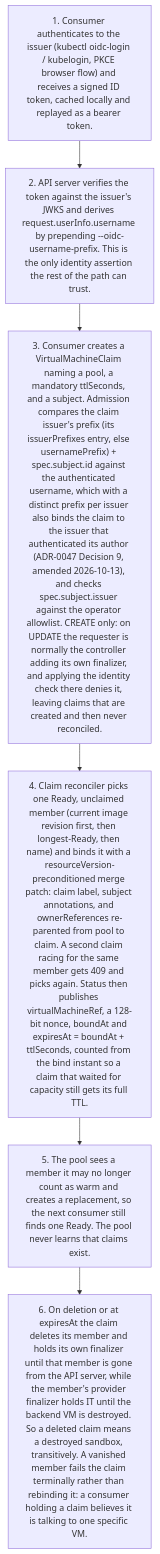
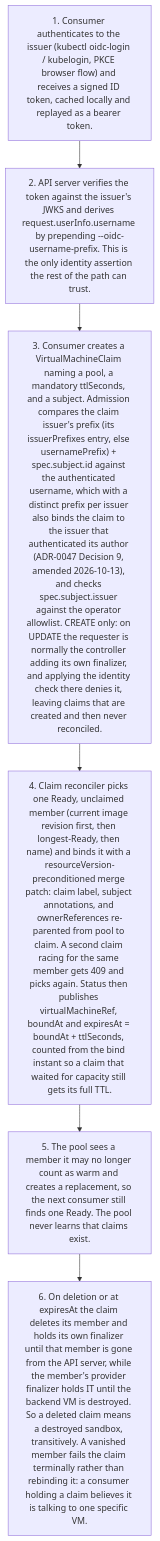
The ninth of 13 diagrams in docs/src/architecture/flows.md (firestoned/banlieue), drawn with Mermaid before and after one commit. The commit also changed other lines of this file and 20 other files, not shown here.

Commit message:
docs(adr): accept ADR-0108; amend ADR-0049 (SPIRE attestation, status.nonce retired) (#142)

````diff
--- a/docs/src/architecture/flows.md
+++ b/docs/src/architecture/flows.md
@@ -173,10 +173,10 @@
 ```mermaid
 flowchart TD
     t1["1. Consumer authenticates to the issuer (kubectl oidc-login / kubelogin, PKCE browser flow) and receives a signed ID token, cached locally and replayed as a bearer token."]
     t2["2. API server verifies the token against the issuer's JWKS and derives request.userInfo.username by prepending --oidc-username-prefix. This is the only identity assertion the rest of the path can trust."]
     t3["3. Consumer creates a VirtualMachineClaim naming a pool, a mandatory ttlSeconds, and a subject. Admission compares the claim issuer's prefix (its issuerPrefixes entry, else usernamePrefix) + spec.subject.id against the authenticated username, which with a distinct prefix per issuer also binds the claim to the issuer that authenticated its author (ADR-0047 Decision 9, amended 2026-10-13), and checks spec.subject.issuer against the operator allowlist. CREATE only: on UPDATE the requester is normally the controller adding its own finalizer, and applying the identity check there denies it, leaving claims that are created and then never reconciled."]
-    t4["4. Claim reconciler picks one Ready, unclaimed member (current image revision first, then longest-Ready, then name) and binds it with a resourceVersion-preconditioned merge patch: claim label, subject annotations, and ownerReferences re-parented from pool to claim. A second claim racing for the same member gets 409 and picks again. Status then publishes virtualMachineRef, a 128-bit nonce, boundAt and expiresAt = boundAt + ttlSeconds, counted from the bind instant so a claim that waited for capacity still gets its full TTL."]
+    t4["4. Claim reconciler picks one Ready, unclaimed member (current image revision first, then longest-Ready, then name) and binds it with a resourceVersion-preconditioned merge patch: claim label, subject annotations, and ownerReferences re-parented from pool to claim. A second claim racing for the same member gets 409 and picks again. Status then publishes virtualMachineRef, boundAt and expiresAt = boundAt + ttlSeconds, counted from the bind instant so a claim that waited for capacity still gets its full TTL."]
     t5["5. The pool sees a member it may no longer count as warm and creates a replacement, so the next consumer still finds one Ready. The pool never learns that claims exist."]
     t6["6. On deletion or at expiresAt the claim deletes its member and holds its own finalizer until that member is gone from the API server, while the member's provider finalizer holds IT until the backend VM is destroyed. So a deleted claim means a destroyed sandbox, transitively. A vanished member fails the claim terminally rather than rebinding it: a consumer holding a claim believes it is talking to one specific VM."]
     t1 --> t2 --> t3 --> t4 --> t5 --> t6
 ```
````
